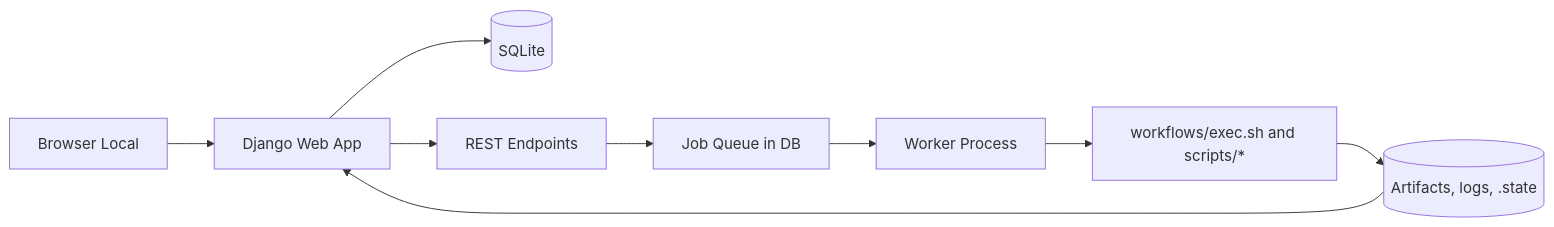
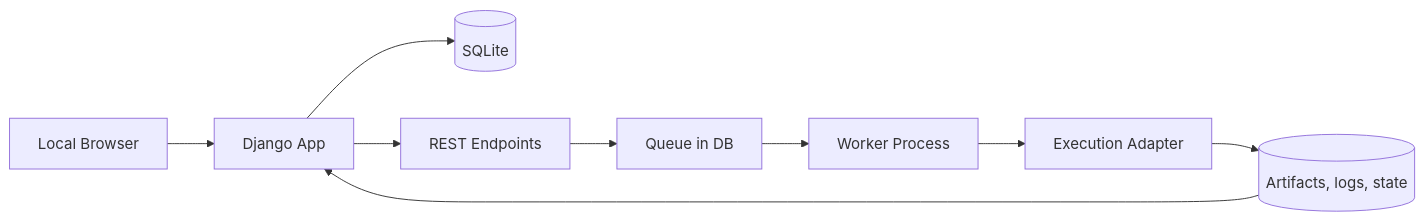
One commit to serginhoshm/audiobook-libs changed the diagram in docs/django-local-webapp/BLUEPRINT.md. Above: the diagram before and after it, drawn with Mermaid. The commit also changed other lines of this file and 38 other files, not shown here.

````diff
--- a/docs/django-local-webapp/BLUEPRINT.md
+++ b/docs/django-local-webapp/BLUEPRINT.md
@@ -34,11 +37,11 @@
 ```mermaid
 flowchart LR
-    UI[Browser Local] --> DJ[Django Web App]
+    UI[Local Browser] --> DJ[Django App]
     DJ --> DB[(SQLite)]
     DJ --> API[REST Endpoints]
-    API --> Q[Job Queue in DB]
+    API --> Q[Queue in DB]
     Q --> WK[Worker Process]
-    WK --> SH[workflows/exec.sh and scripts/*]
-    SH --> FS[(Artifacts, logs, .state)]
+    WK --> EX[Execution Adapter]
+    EX --> FS[(Artifacts, logs, state)]
     FS --> DJ
 ```
````
